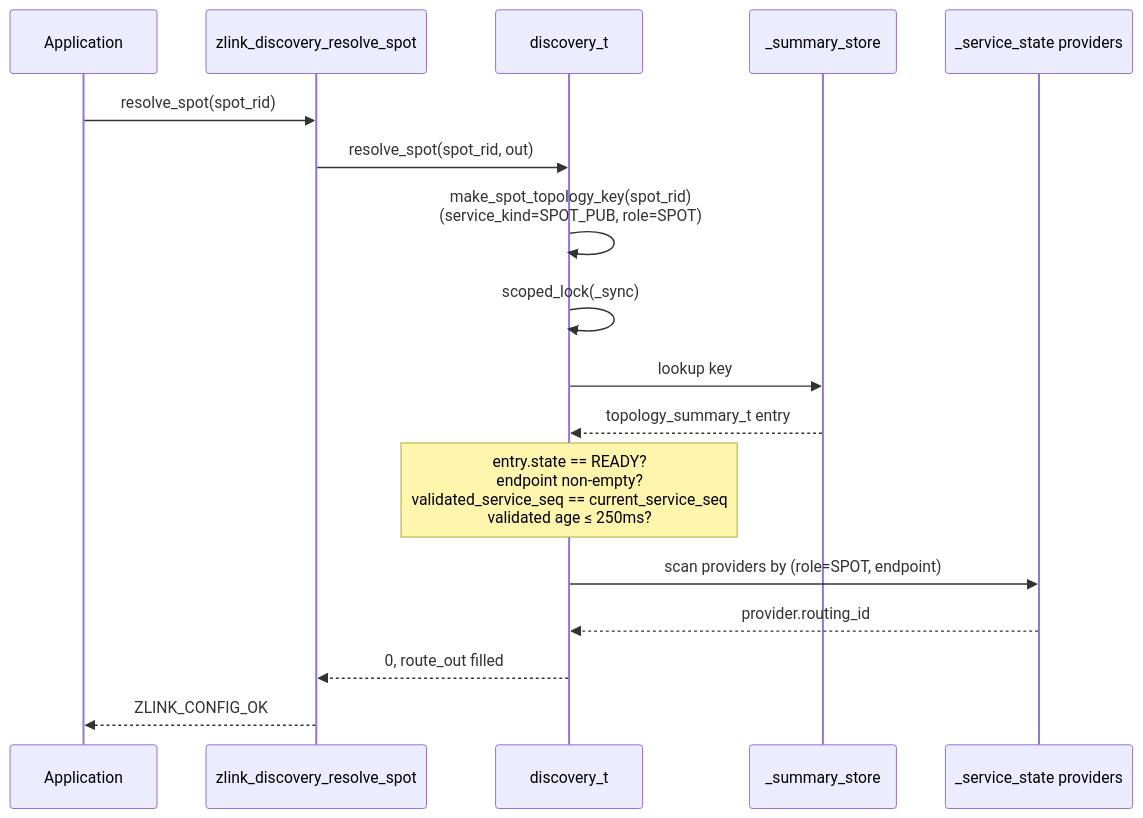
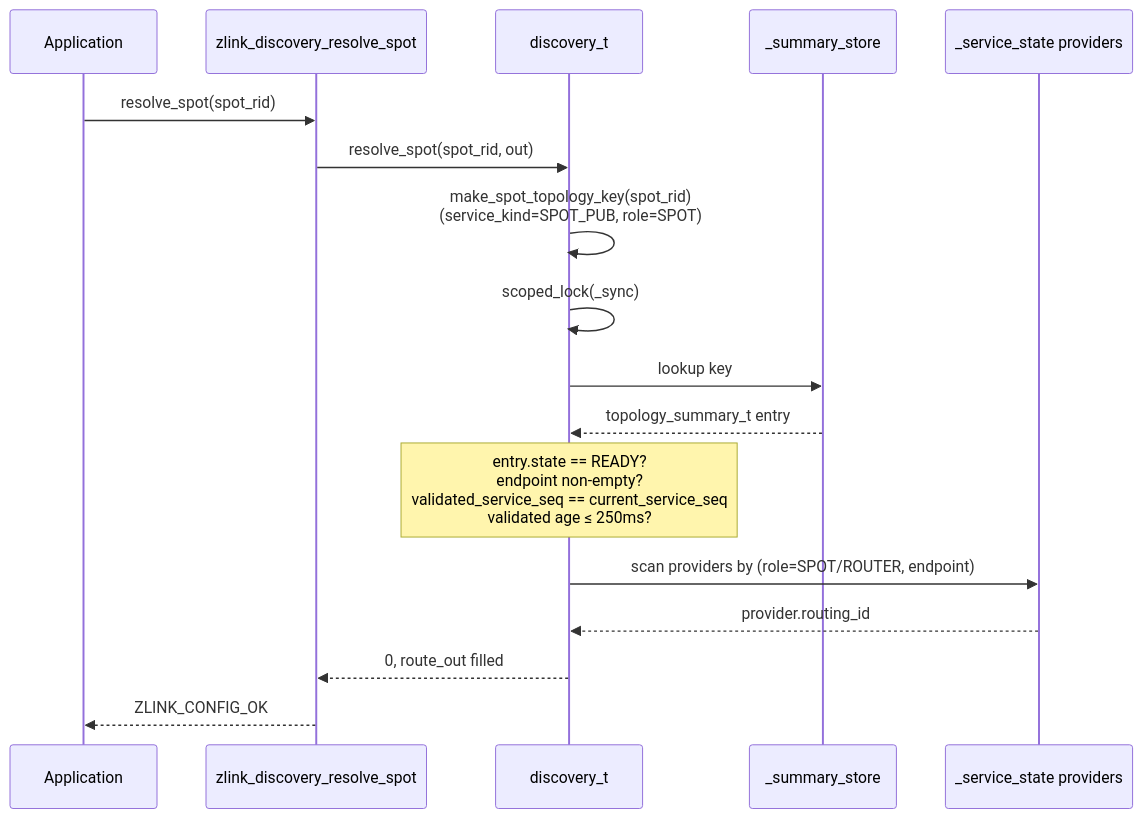
One commit to kairos-code-dev/zlink changed the ninth of 11 diagrams in core/doc/internals/discovery-internals.md. Above: the diagram before and after it, drawn with Mermaid. The commit also changed other lines of this file, not shown here.

First line of the commit message:
docs(core): discovery-internals.md EN 동기화 — 프로토콜 프레임/owner role/actor fallback

````diff
--- a/core/doc/internals/discovery-internals.md
+++ b/core/doc/internals/discovery-internals.md
@@ -345,20 +345,20 @@
 ```mermaid
 sequenceDiagram
     participant App as Application
     participant API as zlink_discovery_resolve_spot
     participant Disc as discovery_t
     participant Store as _summary_store
     participant Prov as _service_state providers
 
     App->>API: resolve_spot(spot_rid)
     API->>Disc: resolve_spot(spot_rid, out)
     Disc->>Disc: make_spot_topology_key(spot_rid)<br/>(service_kind=SPOT_PUB, role=SPOT)
     Disc->>Disc: scoped_lock(_sync)
     Disc->>Store: lookup key
     Store-->>Disc: topology_summary_t entry
     Note over Disc: entry.state == READY?<br/>endpoint non-empty?<br/>validated_service_seq == current_service_seq<br/>validated age ≤ 250ms?
-    Disc->>Prov: scan providers by (role=SPOT, endpoint)
+    Disc->>Prov: scan providers by (role=SPOT/ROUTER, endpoint)
     Prov-->>Disc: provider.routing_id
     Disc-->>API: 0, route_out filled
     API-->>App: ZLINK_CONFIG_OK
 ```
````
